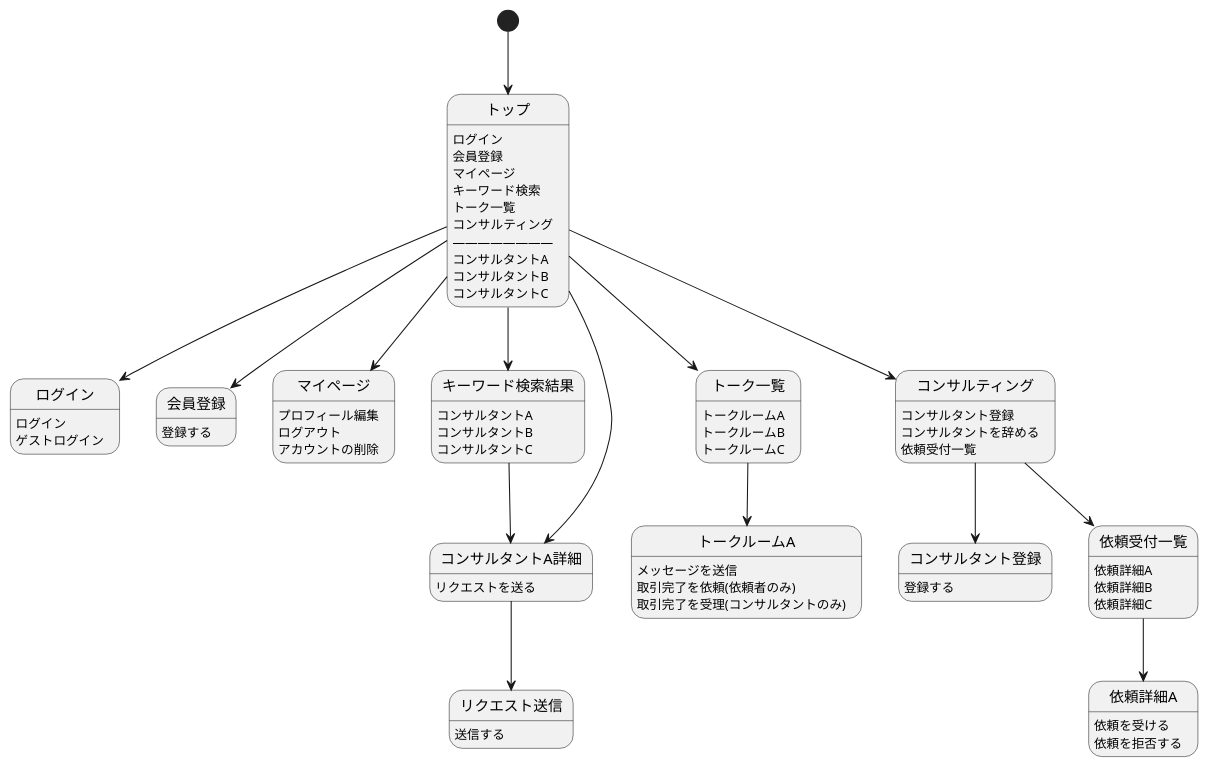
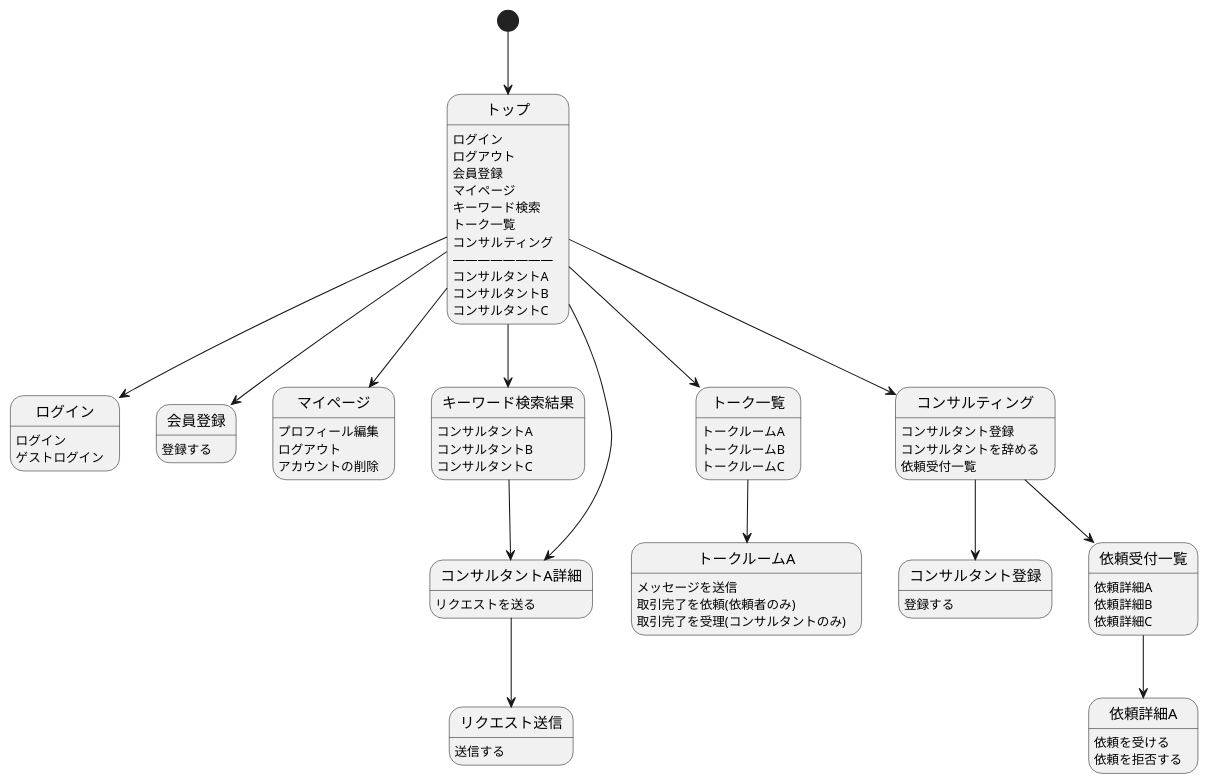
One commit to nobukofu69/origin-idea changed the diagram in documents/screen_flow_diagram.pu. Above: the diagram before and after it, drawn with PlantUML. The commit also changed 1 other file, not shown here.

Commit message:
screen_flow_diagramを修正

```diff
--- a/documents/screen_flow_diagram.pu
+++ b/documents/screen_flow_diagram.pu
@@ -1,67 +1,68 @@
 @startuml
 
 [*] --> トップ
 トップ : ログイン
+トップ : ログアウト
 トップ : 会員登録
 トップ : マイページ
 トップ : キーワード検索
 トップ : トーク一覧
 トップ : コンサルティング
 トップ : ――――――――
 トップ : コンサルタントA
 トップ : コンサルタントB
 トップ : コンサルタントC
 トップ --> ログイン
 トップ --> 会員登録
 トップ --> マイページ
 トップ --> キーワード検索結果
 トップ --> トーク一覧
 トップ --> コンサルティング
 トップ --> コンサルタントA詳細
 
 ログイン : ログイン
 ログイン : ゲストログイン
 
 会員登録 : 登録する
 
 マイページ : プロフィール編集
 マイページ : ログアウト
 マイページ : アカウントの削除
 
 キーワード検索結果: コンサルタントA
 キーワード検索結果: コンサルタントB
 キーワード検索結果: コンサルタントC
 キーワード検索結果 --> コンサルタントA詳細
 
 コンサルタントA詳細 : リクエストを送る
 コンサルタントA詳細 --> リクエスト送信
 
 リクエスト送信 : 送信する
 
 コンサルティング : コンサルタント登録
 コンサルティング : コンサルタントを辞める
 コンサルティング : 依頼受付一覧
 コンサルティング --> コンサルタント登録
 コンサルティング --> 依頼受付一覧
 
 
 コンサルタント登録 : 登録する 
 
 トーク一覧 :トークルームA
 トーク一覧 :トークルームB
 トーク一覧 :トークルームC
 トーク一覧 --> トークルームA
 
 トークルームA : メッセージを送信
 トークルームA : 取引完了を依頼(依頼者のみ)
 トークルームA : 取引完了を受理(コンサルタントのみ)
 
 依頼受付一覧 : 依頼詳細A
 依頼受付一覧 : 依頼詳細B
 依頼受付一覧 : 依頼詳細C
 依頼受付一覧 --> 依頼詳細A
 
 依頼詳細A : 依頼を受ける
 依頼詳細A : 依頼を拒否する
 
 @enduml
```
